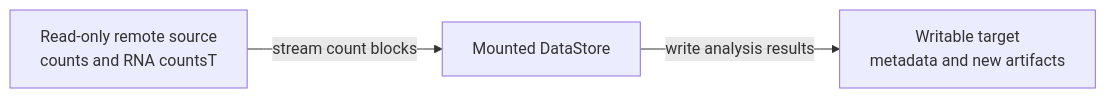
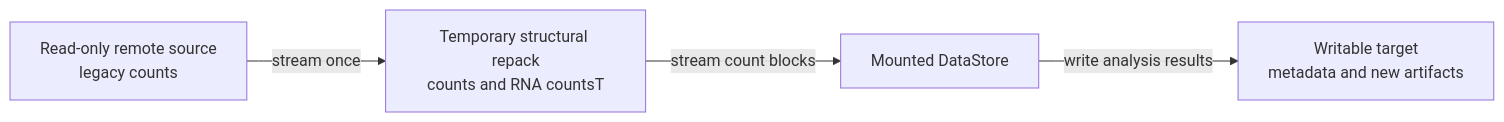
Before and after one commit to Gautam8387/scarf: the diagram in docs/source/tutorials/remote_stores.md, drawn with Mermaid. The commit also changed other lines of this file and 250 other files, not shown here.

````diff
--- a/docs/source/tutorials/remote_stores.md
+++ b/docs/source/tutorials/remote_stores.md
@@ -122,8 +136,10 @@
 ```{mermaid}
 flowchart LR
-    source["Read-only remote source<br/>counts and RNA countsT"]
+    source["Read-only remote source<br/>legacy counts"]
+    repack["Temporary structural repack<br/>counts and RNA countsT"]
     mount["Mounted DataStore"]
     target["Writable target<br/>metadata and new artifacts"]
-    source -->|stream count blocks| mount
+    source -->|stream once| repack
+    repack -->|stream count blocks| mount
     mount -->|write analysis results| target
 ```
````
